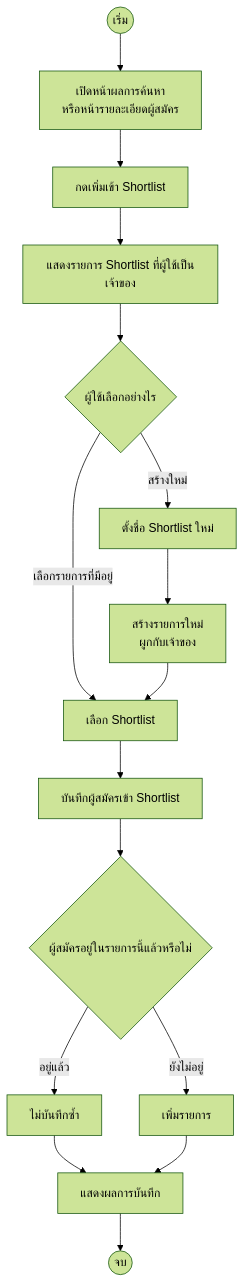
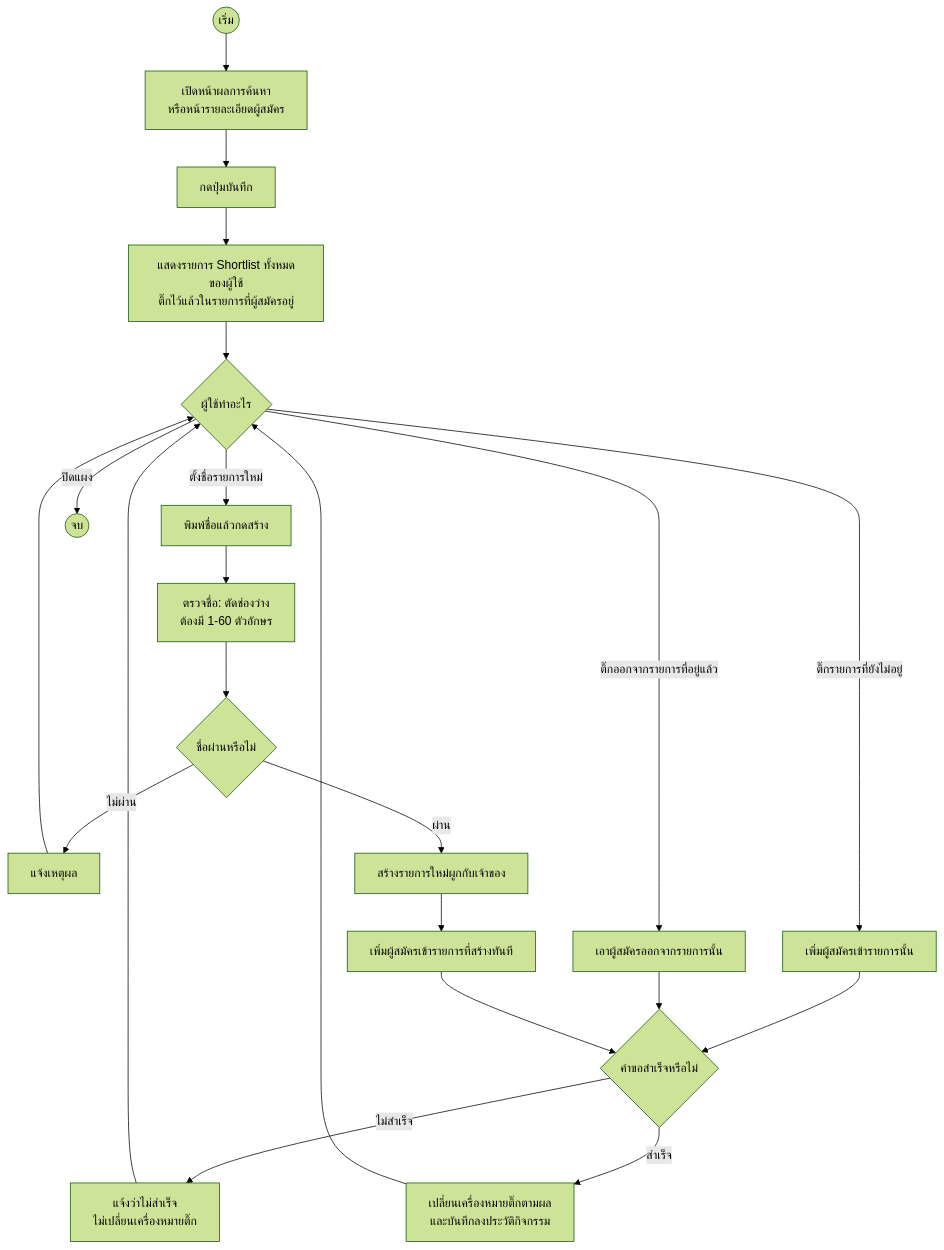
Before and after one commit to S-Tantiroj/skouth: the sixth of 8 diagrams in docs/thesis/2026-09-09-diagram-guide.md, drawn with Mermaid (forest theme). The commit also changed other lines of this file and 3 other files, not shown here.

Commit message:
docs(thesis): ร่าง Activity Diagram 3.4.5 การค้นหา + แก้ 3.4.6 ให้ตรงกับ Phase 12

````diff
--- a/docs/thesis/2026-09-09-diagram-guide.md
+++ b/docs/thesis/2026-09-09-diagram-guide.md
@@ -385,15 +453,22 @@
 ```mermaid
 flowchart TD
     S((เริ่ม)) --> A1[เปิดหน้าผลการค้นหา<br>หรือหน้ารายละเอียดผู้สมัคร]
-    A1 --> A2[กดเพิ่มเข้า Shortlist]
-    A2 --> B1[แสดงรายการ Shortlist ที่ผู้ใช้เป็นเจ้าของ]
-    B1 --> C1{ผู้ใช้เลือกอย่างไร}
-    C1 -->|เลือกรายการที่มีอยู่| A3[เลือก Shortlist]
-    C1 -->|สร้างใหม่| A4[ตั้งชื่อ Shortlist ใหม่]
-    A4 --> B2[สร้างรายการใหม่<br>ผูกกับเจ้าของ] --> A3
-    A3 --> B3[บันทึกผู้สมัครเข้า Shortlist]
-    B3 --> C2{ผู้สมัครอยู่ในรายการนี้แล้วหรือไม่}
-    C2 -->|อยู่แล้ว| B4[ไม่บันทึกซ้ำ] --> B5
-    C2 -->|ยังไม่อยู่| B6[เพิ่มรายการ] --> B5
-    B5[แสดงผลการบันทึก] --> E((จบ))
+    A1 --> A2[กดปุ่มบันทึก]
+    A2 --> B1[แสดงรายการ Shortlist ทั้งหมดของผู้ใช้<br>ติ๊กไว้แล้วในรายการที่ผู้สมัครอยู่]
+    B1 --> C1{ผู้ใช้ทำอะไร}
+    C1 -->|ติ๊กรายการที่ยังไม่อยู่| B2[เพิ่มผู้สมัครเข้ารายการนั้น]
+    C1 -->|ติ๊กออกจากรายการที่อยู่แล้ว| B3[เอาผู้สมัครออกจากรายการนั้น]
+    C1 -->|ตั้งชื่อรายการใหม่| A3[พิมพ์ชื่อแล้วกดสร้าง]
+    A3 --> B4[ตรวจชื่อ: ตัดช่องว่าง<br>ต้องมี 1-60 ตัวอักษร]
+    B4 --> C2{ชื่อผ่านหรือไม่}
+    C2 -->|ไม่ผ่าน| E1[แจ้งเหตุผล] --> C1
+    C2 -->|ผ่าน| B5[สร้างรายการใหม่ผูกกับเจ้าของ]
+    B5 --> B6[เพิ่มผู้สมัครเข้ารายการที่สร้างทันที]
+    B2 --> C3
+    B3 --> C3
+    B6 --> C3{คำขอสำเร็จหรือไม่}
+    C3 -->|ไม่สำเร็จ| E2[แจ้งว่าไม่สำเร็จ<br>ไม่เปลี่ยนเครื่องหมายติ๊ก] --> C1
+    C3 -->|สำเร็จ| B7[เปลี่ยนเครื่องหมายติ๊กตามผล<br>และบันทึกลงประวัติกิจกรรม]
+    B7 --> C1
+    C1 -->|ปิดแผง| E((จบ))
 ```
````
